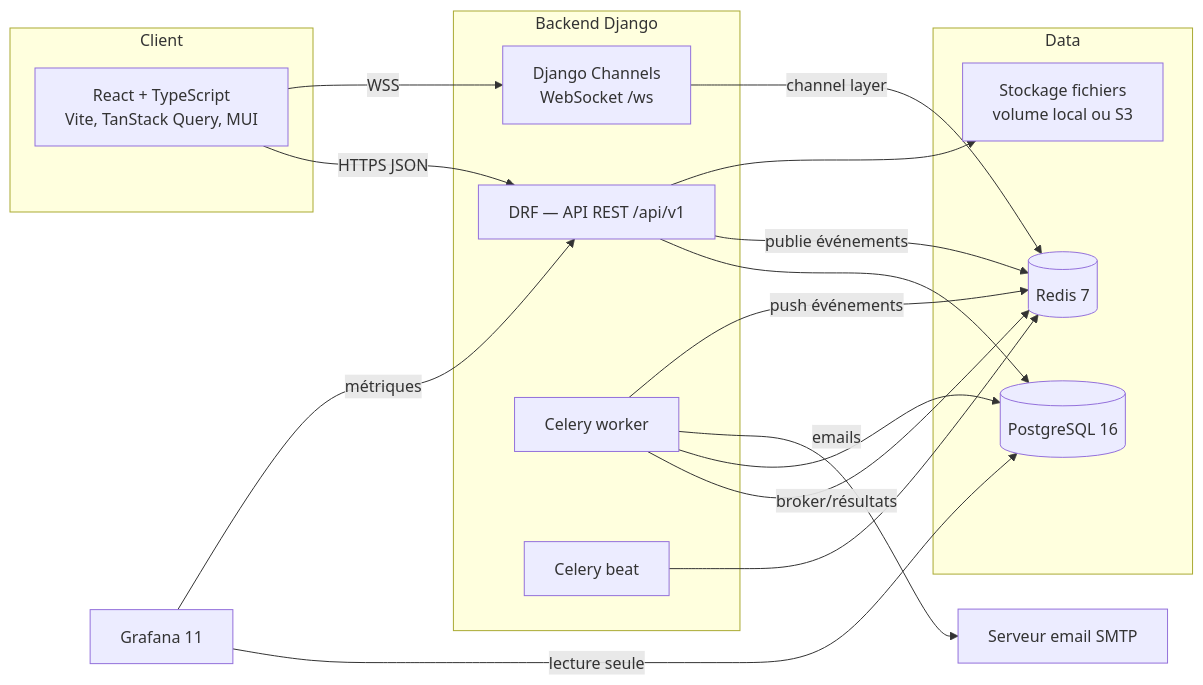
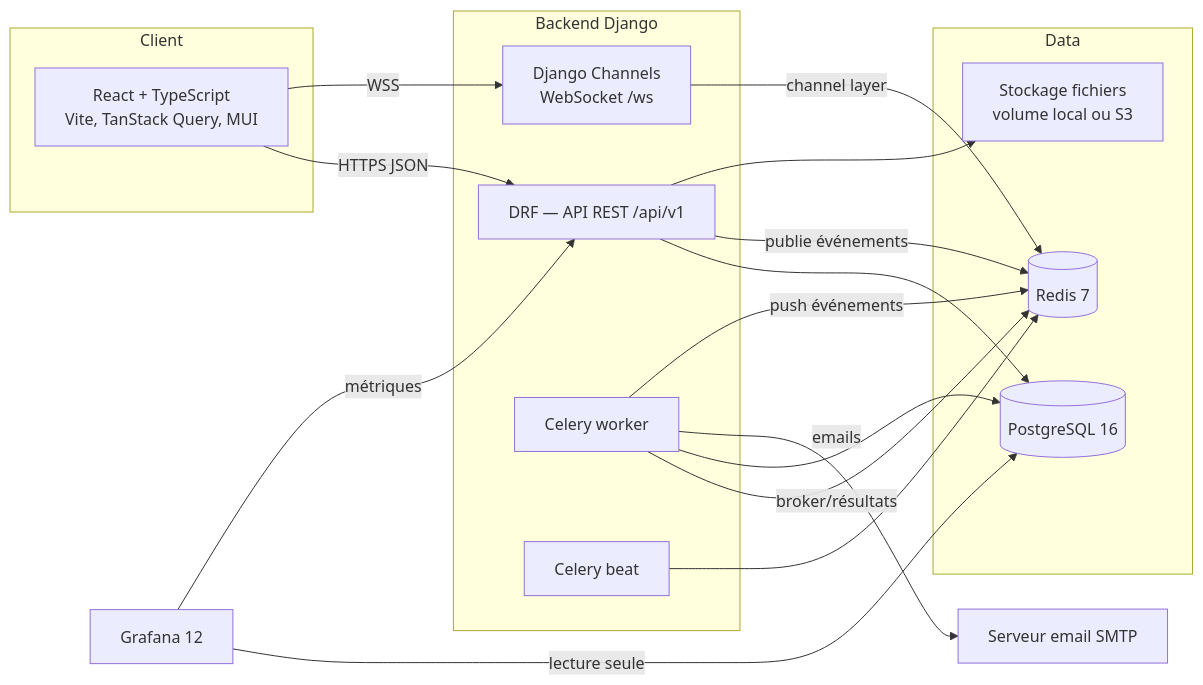
The first of 3 diagrams in architecture.md (alamine2003/AMM-INNOV), drawn with Mermaid before and after one commit. The commit also changed other lines of this file and 15 other files, not shown here.

````diff
--- a/architecture.md
+++ b/architecture.md
@@ -15,33 +15,33 @@
 ```mermaid
 flowchart LR
     subgraph Client
         UI[React + TypeScript<br/>Vite, TanStack Query, MUI]
     end
     subgraph Backend["Backend Django"]
         API[DRF — API REST /api/v1]
         WS[Django Channels<br/>WebSocket /ws]
         W[Celery worker]
         B[Celery beat]
     end
     subgraph Data
         PG[(PostgreSQL 16)]
         R[(Redis 7)]
         S3[Stockage fichiers<br/>volume local ou S3]
     end
-    G[Grafana 11]
+    G[Grafana 12]
     M[Serveur email SMTP]
 
     UI -- HTTPS JSON --> API
     UI -- WSS --> WS
     API --> PG
     API -- publie événements --> R
     WS -- channel layer --> R
     W -- broker/résultats --> R
     B --> R
     W --> PG
     W -- emails --> M
     W -- push événements --> R
     API --> S3
     G -- lecture seule --> PG
     G -- métriques --> API
 ```
````
